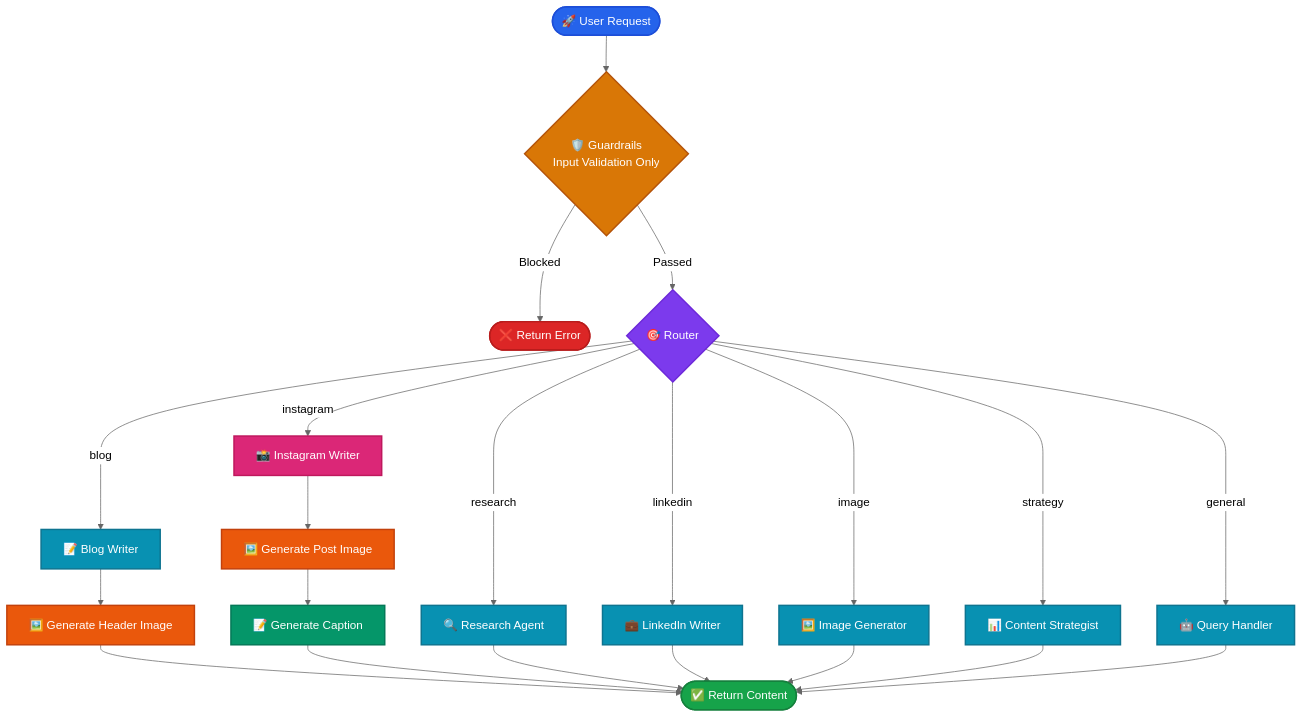
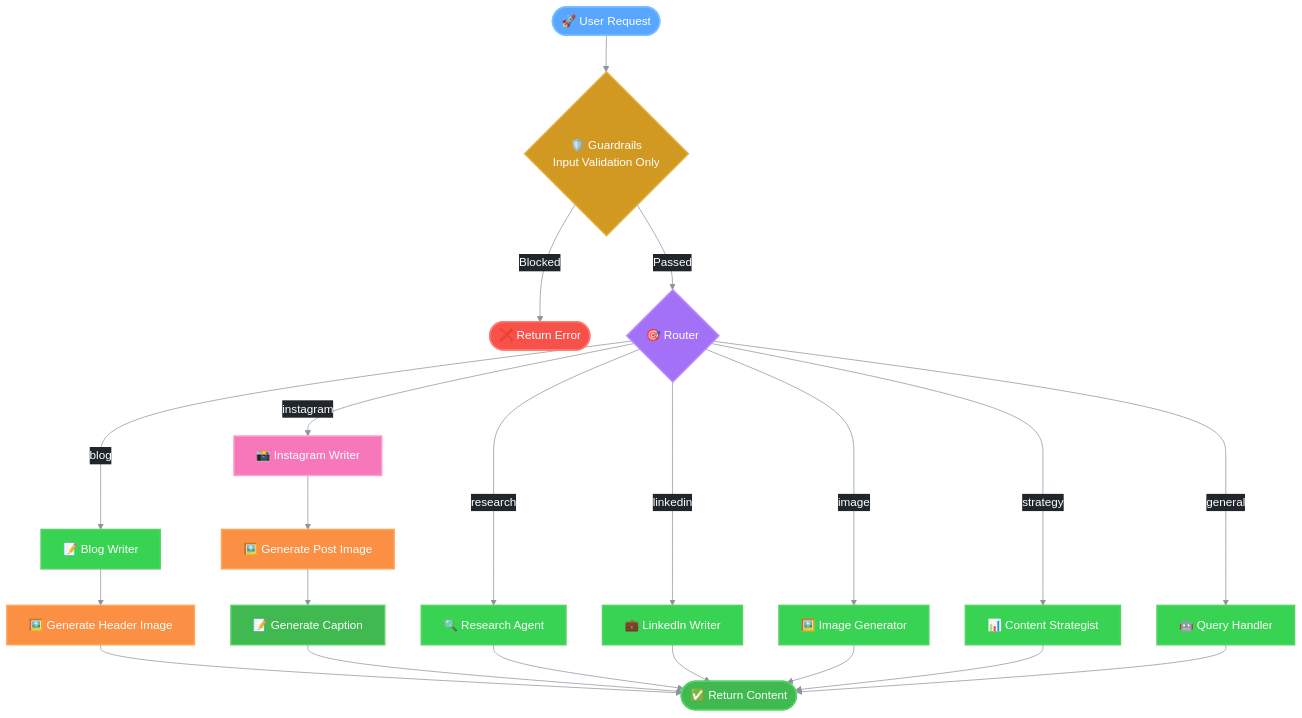
Before and after one commit to jayanthanantharaman/reach: the first of 3 diagrams in docs/langgraph_flowchart.md, drawn with Mermaid. The commit also changed other lines of this file and 10 other files, not shown here.

Commit message:
REACH - Update mermaid diagrams

````diff
--- a/docs/langgraph_flowchart.md
+++ b/docs/langgraph_flowchart.md
@@ -80,44 +80,44 @@
 ```mermaid
-%%{init: {'theme': 'neutral'}}%%
+%%{init: {'theme': 'base', 'themeVariables': { 'primaryColor': '#58a6ff', 'primaryTextColor': '#ffffff', 'primaryBorderColor': '#58a6ff', 'lineColor': '#8b949e', 'secondaryColor': '#21262d', 'tertiaryColor': '#161b22', 'background': '#0d1117'}}}%%
 flowchart TD
     START([🚀 User Request]) --> GUARDRAILS{🛡️ Guardrails<br/>Input Validation Only}
     GUARDRAILS -->|Blocked| END_BLOCKED([❌ Return Error])
     GUARDRAILS -->|Passed| ROUTER{🎯 Router}
     
     ROUTER -->|research| RESEARCH[🔍 Research Agent]
     ROUTER -->|blog| BLOG[📝 Blog Writer]
     ROUTER -->|linkedin| LINKEDIN[💼 LinkedIn Writer]
     ROUTER -->|instagram| INSTAGRAM[📸 Instagram Writer]
     ROUTER -->|image| IMAGE[🖼️ Image Generator]
     ROUTER -->|strategy| STRATEGY[📊 Content Strategist]
     ROUTER -->|general| GENERAL[🤖 Query Handler]
     
     BLOG --> BLOG_IMG[🖼️ Generate Header Image]
     BLOG_IMG --> SUCCESS
     
     INSTAGRAM --> IG_IMG[🖼️ Generate Post Image]
     IG_IMG --> IG_CAPTION[📝 Generate Caption]
     IG_CAPTION --> SUCCESS
     
     RESEARCH --> SUCCESS([✅ Return Content])
     LINKEDIN --> SUCCESS
     IMAGE --> SUCCESS
     STRATEGY --> SUCCESS
     GENERAL --> SUCCESS
 
-    style START fill:#2563eb,stroke:#1d4ed8,stroke-width:2px,color:#fff
-    style END_BLOCKED fill:#dc2626,stroke:#b91c1c,stroke-width:2px,color:#fff
-    style SUCCESS fill:#16a34a,stroke:#15803d,stroke-width:2px,color:#fff
-    style GUARDRAILS fill:#d97706,stroke:#b45309,stroke-width:2px,color:#fff
-    style ROUTER fill:#7c3aed,stroke:#6d28d9,stroke-width:2px,color:#fff
-    style RESEARCH fill:#0891b2,stroke:#0e7490,stroke-width:2px,color:#fff
-    style BLOG fill:#0891b2,stroke:#0e7490,stroke-width:2px,color:#fff
-    style LINKEDIN fill:#0891b2,stroke:#0e7490,stroke-width:2px,color:#fff
-    style INSTAGRAM fill:#db2777,stroke:#be185d,stroke-width:2px,color:#fff
-    style IMAGE fill:#0891b2,stroke:#0e7490,stroke-width:2px,color:#fff
-    style STRATEGY fill:#0891b2,stroke:#0e7490,stroke-width:2px,color:#fff
-    style GENERAL fill:#0891b2,stroke:#0e7490,stroke-width:2px,color:#fff
-    style BLOG_IMG fill:#ea580c,stroke:#c2410c,stroke-width:2px,color:#fff
-    style IG_IMG fill:#ea580c,stroke:#c2410c,stroke-width:2px,color:#fff
-    style IG_CAPTION fill:#059669,stroke:#047857,stroke-width:2px,color:#fff
+    style START fill:#58a6ff,stroke:#79c0ff,stroke-width:2px,color:#ffffff
+    style END_BLOCKED fill:#f85149,stroke:#ff7b72,stroke-width:2px,color:#ffffff
+    style SUCCESS fill:#3fb950,stroke:#56d364,stroke-width:2px,color:#ffffff
+    style GUARDRAILS fill:#d29922,stroke:#e3b341,stroke-width:2px,color:#ffffff
+    style ROUTER fill:#a371f7,stroke:#bc8cff,stroke-width:2px,color:#ffffff
+    style RESEARCH fill:#39d353,stroke:#56d364,stroke-width:2px,color:#ffffff
+    style BLOG fill:#39d353,stroke:#56d364,stroke-width:2px,color:#ffffff
+    style LINKEDIN fill:#39d353,stroke:#56d364,stroke-width:2px,color:#ffffff
+    style INSTAGRAM fill:#f778ba,stroke:#ff9bce,stroke-width:2px,color:#ffffff
+    style IMAGE fill:#39d353,stroke:#56d364,stroke-width:2px,color:#ffffff
+    style STRATEGY fill:#39d353,stroke:#56d364,stroke-width:2px,color:#ffffff
+    style GENERAL fill:#39d353,stroke:#56d364,stroke-width:2px,color:#ffffff
+    style BLOG_IMG fill:#fb8f44,stroke:#ffa657,stroke-width:2px,color:#ffffff
+    style IG_IMG fill:#fb8f44,stroke:#ffa657,stroke-width:2px,color:#ffffff
+    style IG_CAPTION fill:#3fb950,stroke:#56d364,stroke-width:2px,color:#ffffff
 ```
````
